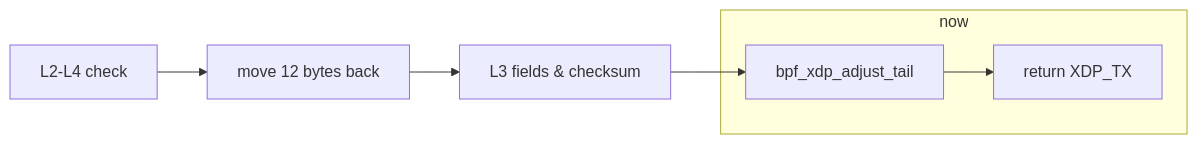
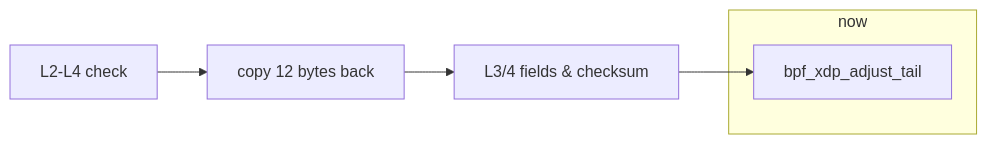
One commit to myl7/xdptun changed the tenth of 11 diagrams in docs/thesis/pre/slides.md. Above: the diagram before and after it, drawn with Mermaid. The commit also changed other lines of this file and 1 other file, not shown here.

Commit message:
Update process and enhance check in ingress

````diff
--- a/docs/thesis/pre/slides.md
+++ b/docs/thesis/pre/slides.md
@@ -389,8 +408,7 @@
 ```mermaid
 flowchart LR
-  S1[L2-L4 check] --> S2[move 12 bytes back] --> S3[L3 fields & checksum] --> S4[bpf_xdp_adjust_tail] --> S5[return XDP_TX]
+  S1[L2-L4 check] --> S2[copy 12 bytes back] --> S3[L3/4 fields & checksum] --> S4[bpf_xdp_adjust_tail]
   subgraph now
     S4
-    S5
   end
 ```
````
